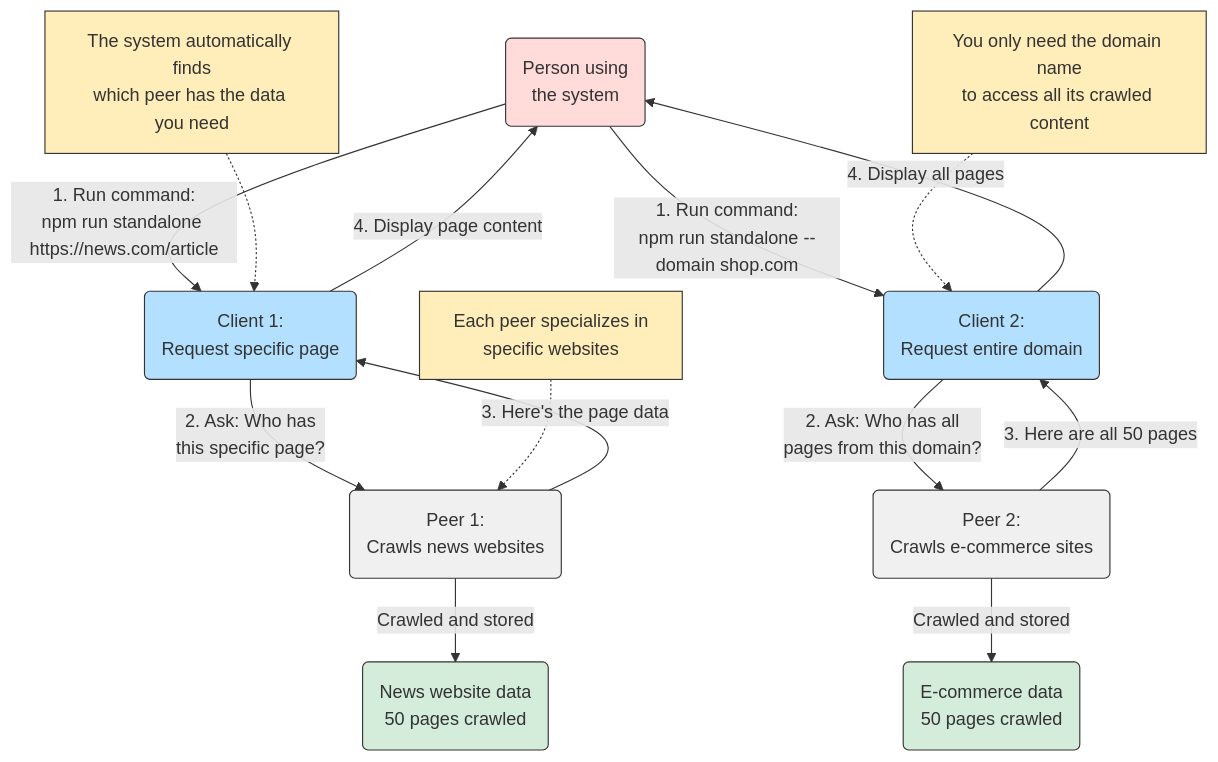
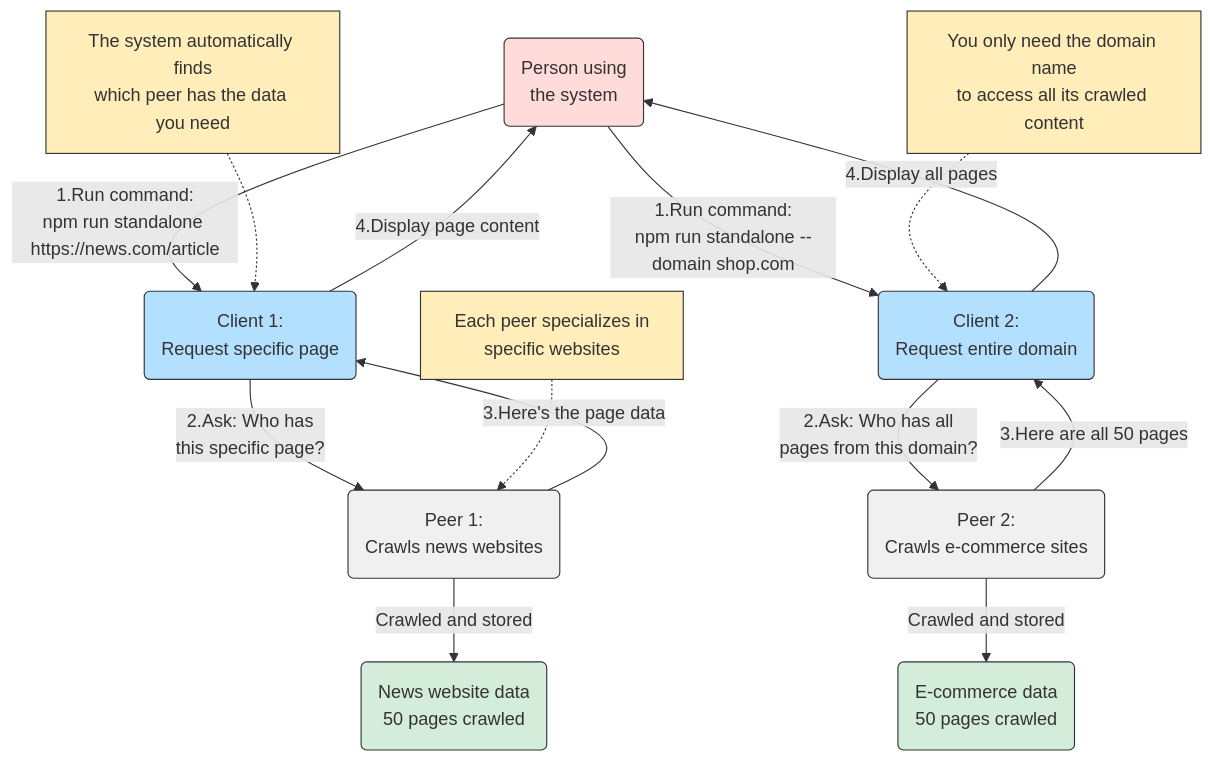
Before and after one commit to hapttic/p2p-crawler: the second of 5 diagrams in DIAGRAMS.md, drawn with Mermaid.

Commit message:
removed spaces for syntax

````diff
--- a/DIAGRAMS.md
+++ b/DIAGRAMS.md
@@ -71,56 +71,56 @@
 ```mermaid
 flowchart TD
     %% Node styles
     classDef userStyle fill:#ffdbd9,stroke:#333,stroke-width:1px,color:#333
     classDef clientStyle fill:#b3e0ff,stroke:#333,stroke-width:1px,color:#333
     classDef peerStyle fill:#f0f0f0,stroke:#333,stroke-width:1px,color:#333
     classDef dataStyle fill:#d4edda,stroke:#333,stroke-width:1px,color:#333
     classDef noteStyle fill:#ffeeba,stroke:#333,stroke-width:1px,color:#333
 
     %% Define nodes
     User("Person using<br>the system")
     Client1("Client 1:<br>Request specific page")
     Client2("Client 2:<br>Request entire domain")
     Peer1("Peer 1:<br>Crawls news websites")
     Peer2("Peer 2:<br>Crawls e-commerce sites")
     News("News website data<br>50 pages crawled")
     Ecommerce("E-commerce data<br>50 pages crawled")
 
     %% Scenario 1
-    User -->|"1. Run command:<br>npm run standalone https://news.com/article"| Client1
-    Client1 -->|"2. Ask: Who has<br>this specific page?"| Peer1
-    Peer1 -->|"3. Here's the page data"| Client1
-    Client1 -->|"4. Display page content"| User
+    User -->|"1.Run command:<br>npm run standalone https://news.com/article"| Client1
+    Client1 -->|"2.Ask: Who has<br>this specific page?"| Peer1
+    Peer1 -->|"3.Here's the page data"| Client1
+    Client1 -->|"4.Display page content"| User
 
     %% Scenario 2
-    User -->|"1. Run command:<br>npm run standalone --domain shop.com"| Client2
-    Client2 -->|"2. Ask: Who has all<br>pages from this domain?"| Peer2
-    Peer2 -->|"3. Here are all 50 pages"| Client2
-    Client2 -->|"4. Display all pages"| User
+    User -->|"1.Run command:<br>npm run standalone --domain shop.com"| Client2
+    Client2 -->|"2.Ask: Who has all<br>pages from this domain?"| Peer2
+    Peer2 -->|"3.Here are all 50 pages"| Client2
+    Client2 -->|"4.Display all pages"| User
 
     %% Data connections
     Peer1 -->|"Crawled and stored"| News
     Peer2 -->|"Crawled and stored"| Ecommerce
 
     %% Helpful notes
     Note1["You only need the domain name<br>to access all its crawled content"]
     Note2["The system automatically finds<br>which peer has the data you need"]
     Note3["Each peer specializes in<br>specific websites"]
 
     %% Connect notes
     Note1 -.-> Client2
     Note2 -.-> Client1
     Note3 -.-> Peer1
 
     %% Apply styles
-    User:::userStyle
-    Client1:::clientStyle
-    Client2:::clientStyle
-    Peer1:::peerStyle
-    Peer2:::peerStyle
-    News:::dataStyle
-    Ecommerce:::dataStyle
-    Note1:::noteStyle
-    Note2:::noteStyle
-    Note3:::noteStyle
+    class User userStyle
+    class Client1 clientStyle
+    class Client2 clientStyle
+    class Peer1 peerStyle
+    class Peer2 peerStyle
+    class News dataStyle
+    class Ecommerce dataStyle
+    class Note1 noteStyle
+    class Note2 noteStyle
+    class Note3 noteStyle
 ```
````
